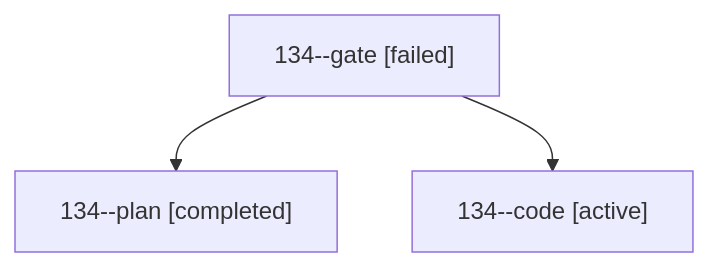
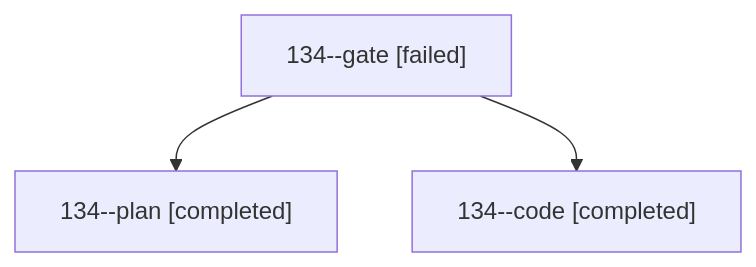
The diagram in sessions/bbugyi200.athena.134.md (sase-org/sase--agents), drawn with Mermaid before and after one commit. The commit also changed other lines of this file and 87 other files, not shown here.

````diff
--- a/sessions/bbugyi200.athena.134.md
+++ b/sessions/bbugyi200.athena.134.md
@@ -9,8 +9,8 @@
 ```mermaid
 flowchart TD
   n0["134--gate [failed]"]
   n1["134--plan [completed]"]
   n0 --> n1
-  n2["134--code [active]"]
+  n2["134--code [completed]"]
   n0 --> n2
 ```
````
